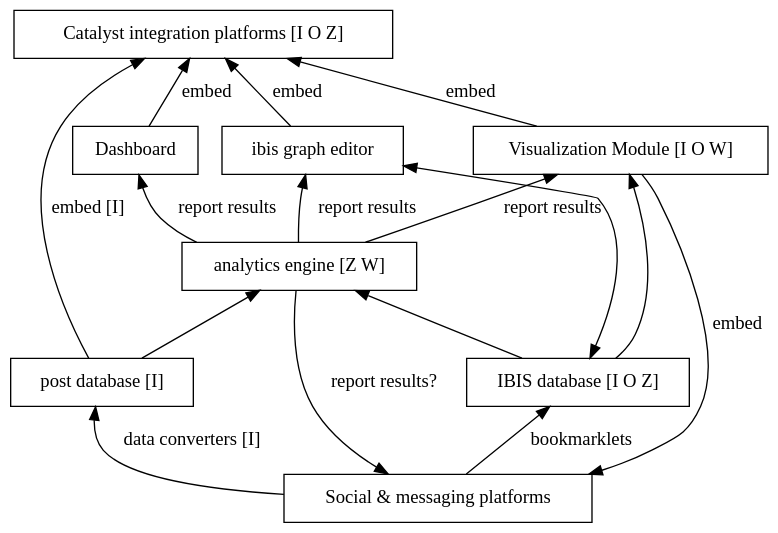
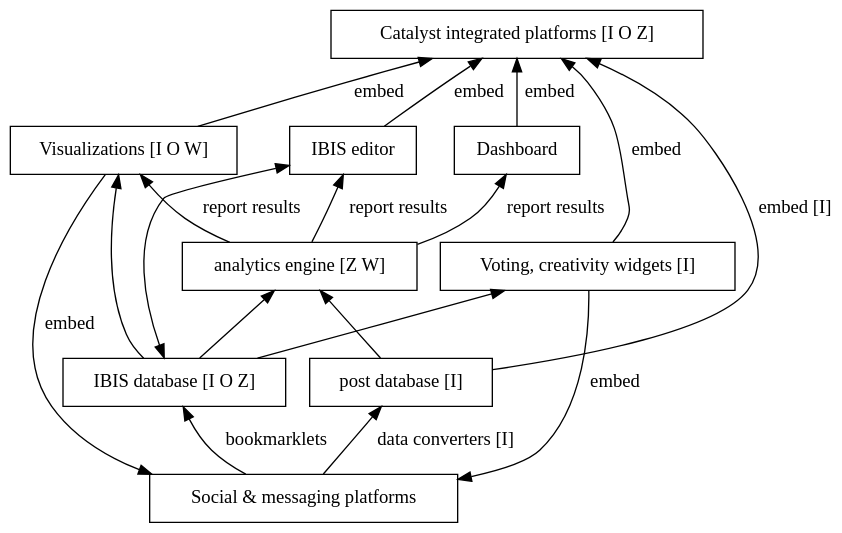
The first of 16 diagrams in interoperability/interoperability.md (catalyst-fp7/documents), drawn with Graphviz before and after one commit. The commit also changed other lines of this file and 2 other files, not shown here.

````diff
--- a/interoperability/interoperability.md
+++ b/interoperability/interoperability.md
@@ -34,29 +73,32 @@
 ```graphviz
 digraph g {
     graph [bgcolor="transparent", rankdir="BT"] ;
     node [fillcolor=white, style=filled,  shape=rectangle];
     comm [label="Social & messaging platforms"];
     dash [label="Dashboard"];
-    plat [label="Catalyst integration platforms [I O Z]"];
-    viz [label="Visualization Module [I O W]"];
+    plat [label="Catalyst integrated platforms [I O Z]"];
+    viz [label="Visualizations [I O W]"];
+    widgets [label="Voting, creativity widgets [I]"];
     ibisdb [label="IBIS database [I O Z]"];
     postdb [label="post database [I]"];
     analytics [label="analytics engine [Z W]"];
-    gred [label="ibis graph editor"];
+    gred [label="IBIS editor"];
     comm->ibisdb [label="bookmarklets"];
     comm->postdb [label="data converters [I]"];
     viz->comm [label="embed"];
+    widgets->comm [label="embed"];
     gred->plat [label="embed"];
     viz->plat [label="embed"];
+    widgets->plat [label="embed"];
     dash->plat [label="embed"];
     analytics->dash [label="report results"];
-    analytics->comm [label="report results?"];
     analytics->viz [label="report results"];
     analytics->gred [label="report results"];
     ibisdb->viz;
+    ibisdb->widgets;
     ibisdb->gred [dir=both];
     ibisdb->analytics;
     postdb->analytics;
     postdb->plat [label="embed [I]"];
 }
 ```
````
